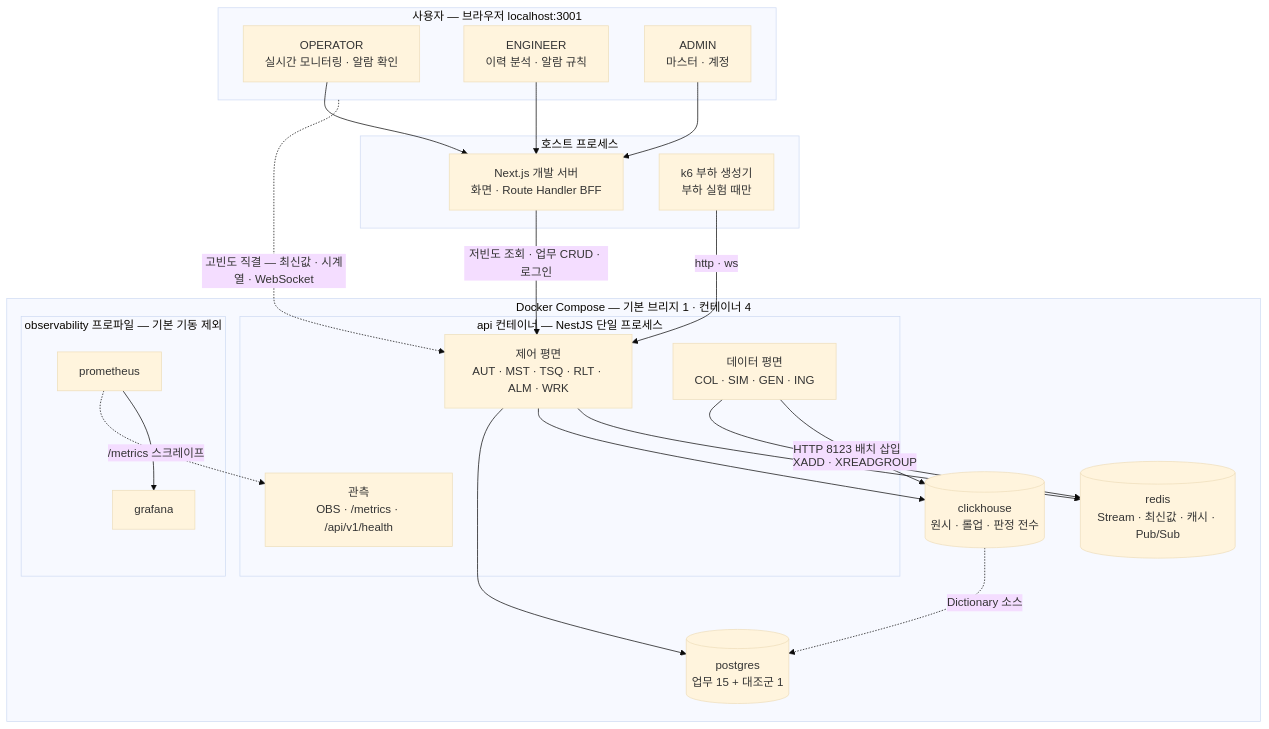
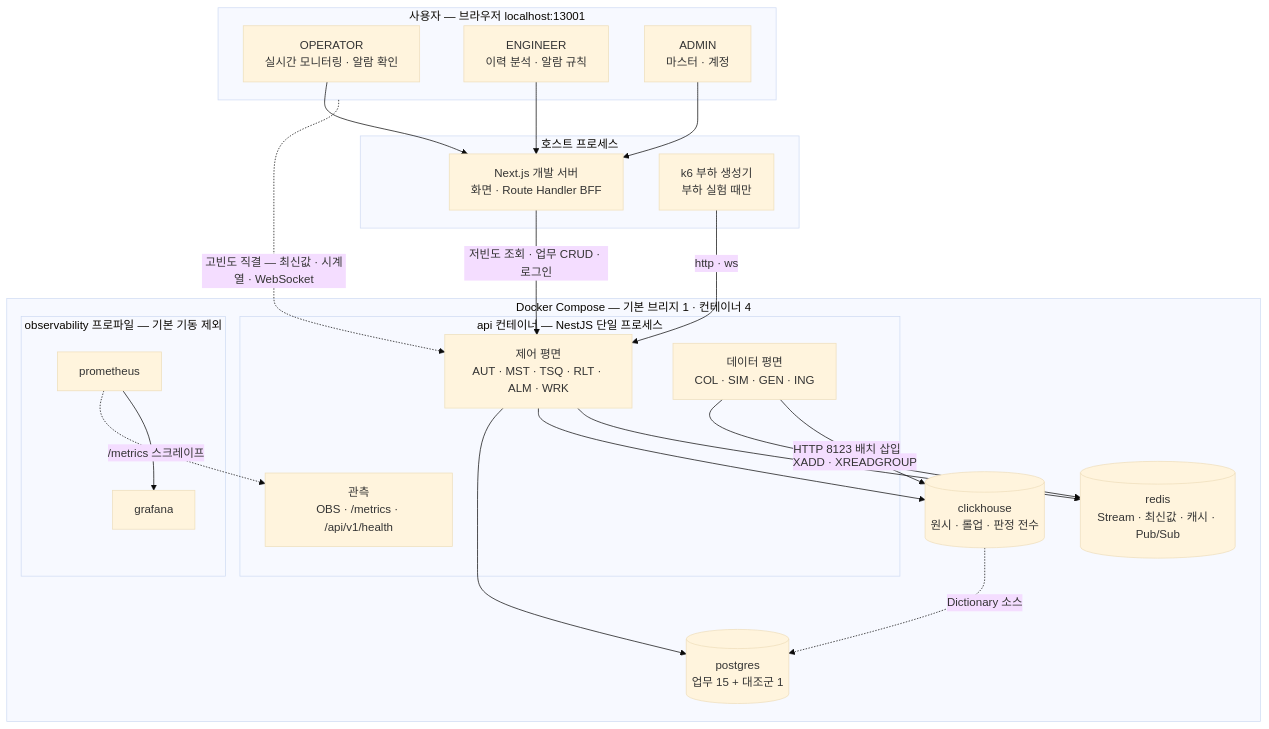
Before and after one commit to jaepil02/db_study: the diagram in docs/04_architecture/01_system_architecture.md, drawn with Mermaid (base theme). The commit also changed other lines of this file and 61 other files, not shown here.

````diff
--- a/docs/04_architecture/01_system_architecture.md
+++ b/docs/04_architecture/01_system_architecture.md
@@ -23,40 +24,40 @@
 ```mermaid
 flowchart TB
-    subgraph USERS["사용자 — 브라우저 localhost:3001"]
+    subgraph USERS["사용자 — 브라우저 localhost:13001"]
         OP["OPERATOR<br/>실시간 모니터링 · 알람 확인"]
         ENG["ENGINEER<br/>이력 분석 · 알람 규칙"]
         ADM["ADMIN<br/>마스터 · 계정"]
     end
     subgraph HOST["호스트 프로세스"]
         WEB["Next.js 개발 서버<br/>화면 · Route Handler BFF"]
         K6["k6 부하 생성기<br/>부하 실험 때만"]
     end
     subgraph COMPOSE["Docker Compose — 기본 브리지 1 · 컨테이너 4"]
         subgraph API["api 컨테이너 — NestJS 단일 프로세스"]
             CTRL["제어 평면<br/>AUT · MST · TSQ · RLT · ALM · WRK"]
             DATA["데이터 평면<br/>COL · SIM · GEN · ING"]
             OBSM["관측<br/>OBS · /metrics · /api/v1/health"]
         end
         PG[("postgres<br/>업무 15 + 대조군 1")]
         CH[("clickhouse<br/>원시 · 롤업 · 판정 전수")]
         RD[("redis<br/>Stream · 최신값 · 캐시 · Pub/Sub")]
         subgraph PROF["observability 프로파일 — 기본 기동 제외"]
             PROM["prometheus"]
             GRAF["grafana"]
         end
     end
     OP --> WEB
     ENG --> WEB
     ADM --> WEB
     WEB -->|"저빈도 조회 · 업무 CRUD · 로그인"| CTRL
     USERS -.->|"고빈도 직결 — 최신값 · 시계열 · WebSocket"| CTRL
     K6 -->|"http · ws"| CTRL
     DATA -->|"XADD · XREADGROUP"| RD
     DATA -->|"HTTP 8123 배치 삽입"| CH
     CTRL --> PG
     CTRL --> CH
     CTRL --> RD
     CH -.->|"Dictionary 소스"| PG
     PROM -.->|"/metrics 스크레이프"| OBSM
     PROM --> GRAF
 ```
````
